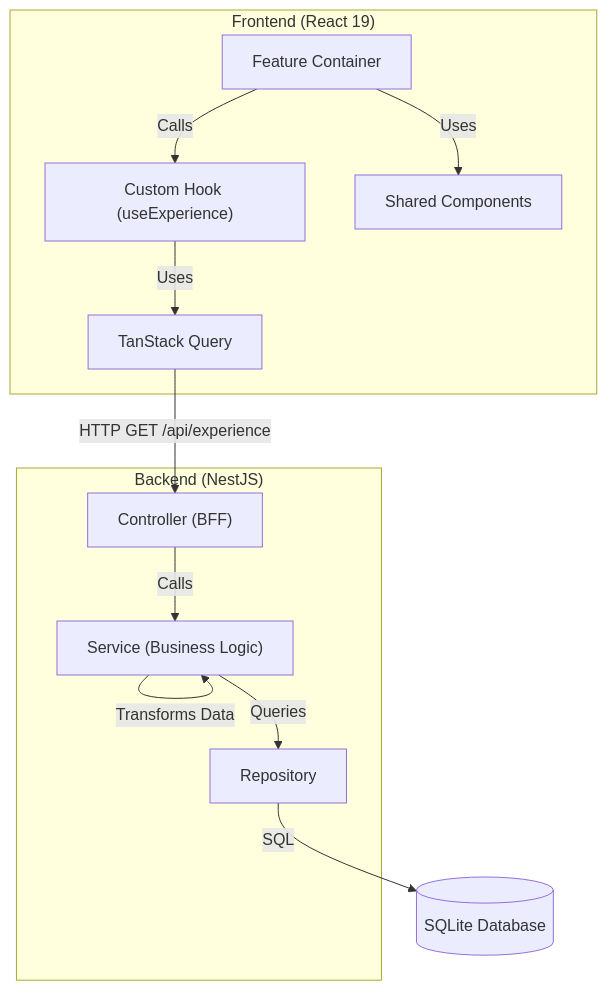
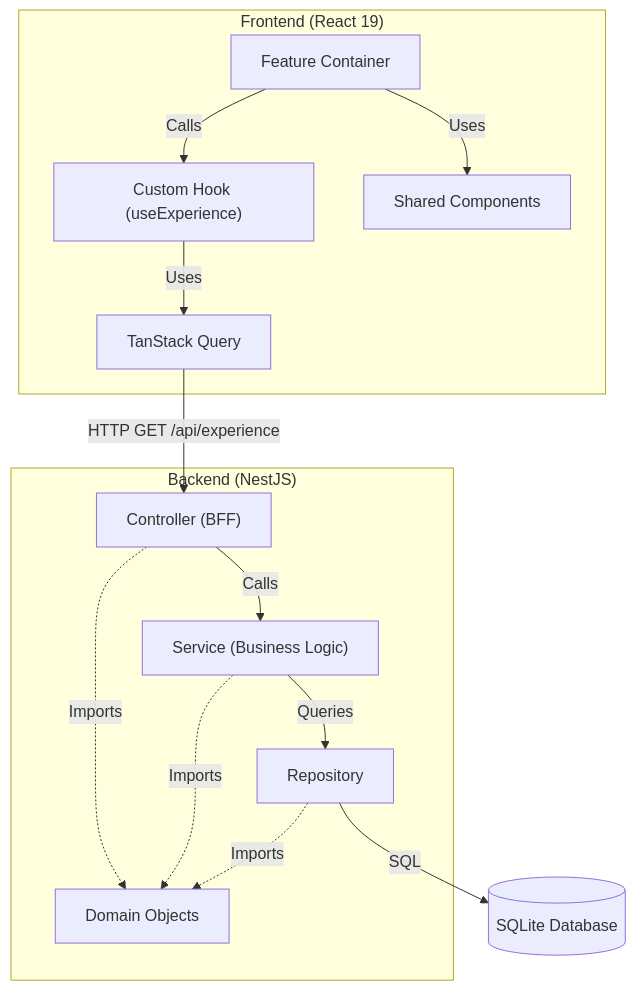
The diagram in README.md (ReillySteere/DeveloperProfile), drawn with Mermaid before and after one commit. The commit also changed other lines of this file and 1 other file, not shown here.

Commit message:
Documentation Updates

````diff
--- a/README.md
+++ b/README.md
@@ -92,26 +97,31 @@
 ```mermaid
 graph TD
     subgraph Frontend ["Frontend (React 19)"]
         Container[Feature Container]
         Hook["Custom Hook (useExperience)"]
         RQ[TanStack Query]
         Shared[Shared Components]
     end
 
     subgraph Backend ["Backend (NestJS)"]
         Controller["Controller (BFF)"]
         Service["Service (Business Logic)"]
         Repo[Repository]
+        Domain["Domain Objects"]
     end
 
     DB[(SQLite Database)]
 
     Container -->|Uses| Shared
     Container -->|Calls| Hook
     Hook -->|Uses| RQ
     RQ -->|HTTP GET /api/experience| Controller
+
     Controller -->|Calls| Service
-    Service -->|Transforms Data| Service
     Service -->|Queries| Repo
     Repo -->|SQL| DB
+
+    Controller -.->|Imports| Domain
+    Service -.->|Imports| Domain
+    Repo -.->|Imports| Domain
 ```
````
